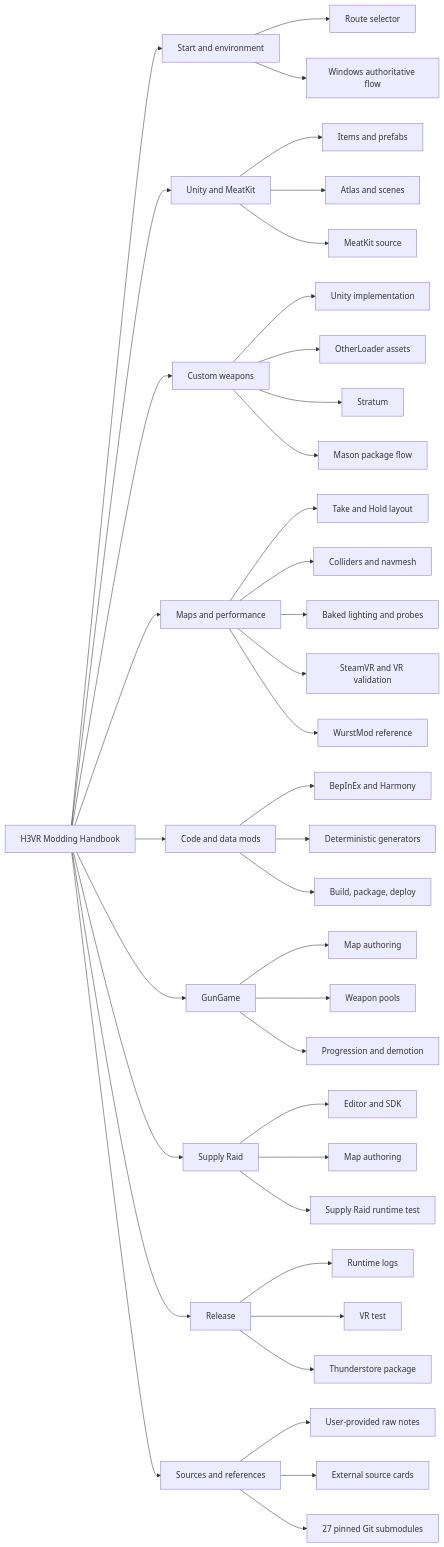
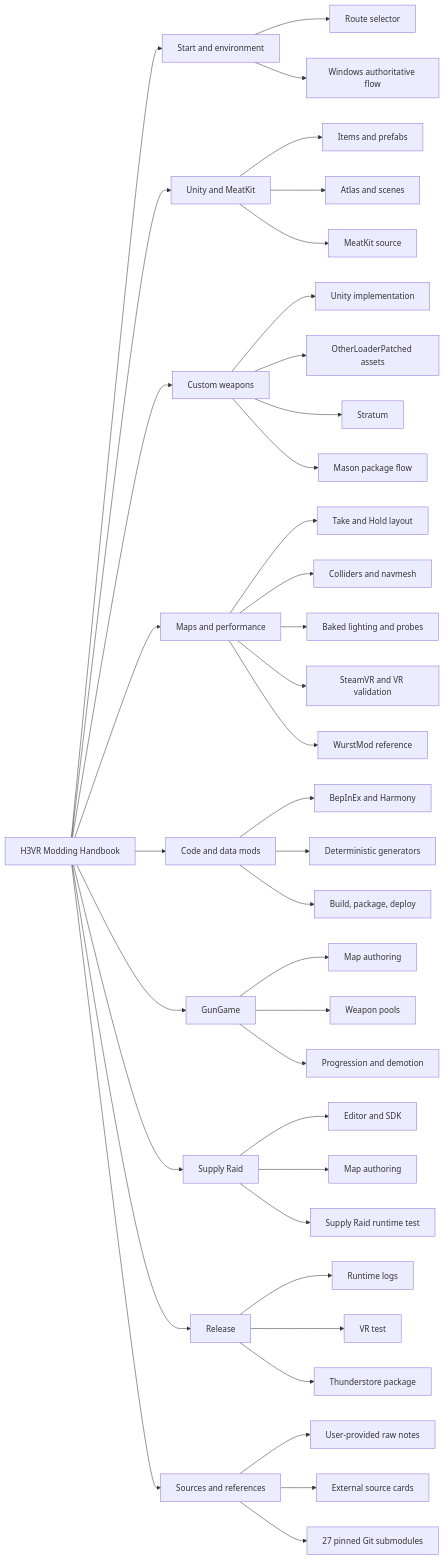
The diagram in docs/navigation/mind-map.md (haohlin/H3VR-modding-handbook), drawn with Mermaid before and after one commit. The commit also changed 11 other files, not shown here.

Commit message:
docs: add OtherLoaderPatched workflow

```diff
--- a/docs/navigation/mind-map.md
+++ b/docs/navigation/mind-map.md
@@ -6,51 +6,51 @@
 ~~~mermaid
 flowchart LR
   handbook[H3VR Modding Handbook]
 
   handbook --> start[Start and environment]
   start --> selector[Route selector]
   start --> boundary[Windows authoritative flow]
 
   handbook --> unity[Unity and MeatKit]
   unity --> item[Items and prefabs]
   unity --> atlas[Atlas and scenes]
   unity --> meatkit[MeatKit source]
 
   handbook --> weapons[Custom weapons]
   weapons --> implementation[Unity implementation]
-  weapons --> otherloader[OtherLoader assets]
+  weapons --> otherloader[OtherLoaderPatched assets]
   weapons --> stratum[Stratum]
   weapons --> mason[Mason package flow]
 
   handbook --> maps[Maps and performance]
   maps --> tnh[Take and Hold layout]
   maps --> physics[Colliders and navmesh]
   maps --> lighting[Baked lighting and probes]
   maps --> profiling[SteamVR and VR validation]
   maps --> wurstmod[WurstMod reference]
 
   handbook --> code[Code and data mods]
   code --> bepinex[BepInEx and Harmony]
   code --> generator[Deterministic generators]
   code --> package[Build, package, deploy]
 
   handbook --> gungame[GunGame]
   gungame --> gungameMap[Map authoring]
   gungame --> pools[Weapon pools]
   gungame --> progression[Progression and demotion]
 
   handbook --> supplyraid[Supply Raid]
   supplyraid --> srEditor[Editor and SDK]
   supplyraid --> srMap[Map authoring]
   supplyraid --> srTest[Supply Raid runtime test]
 
   handbook --> release[Release]
   release --> logs[Runtime logs]
   release --> vrtest[VR test]
   release --> thunderstore[Thunderstore package]
 
   handbook --> sources[Sources and references]
   sources --> raw[User-provided raw notes]
   sources --> cards[External source cards]
   sources --> git[27 pinned Git submodules]
 ~~~
```
